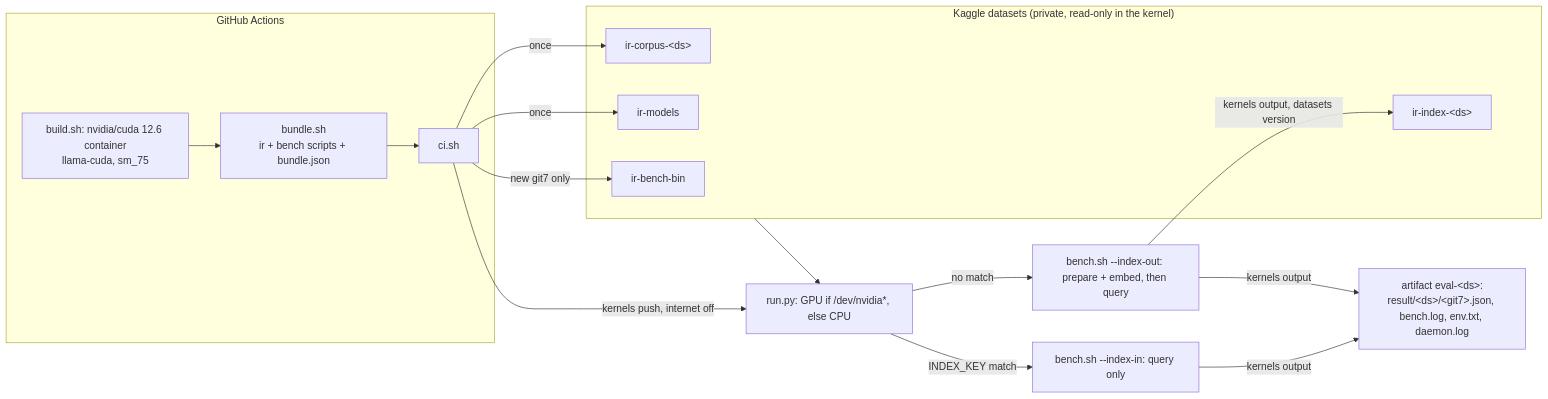
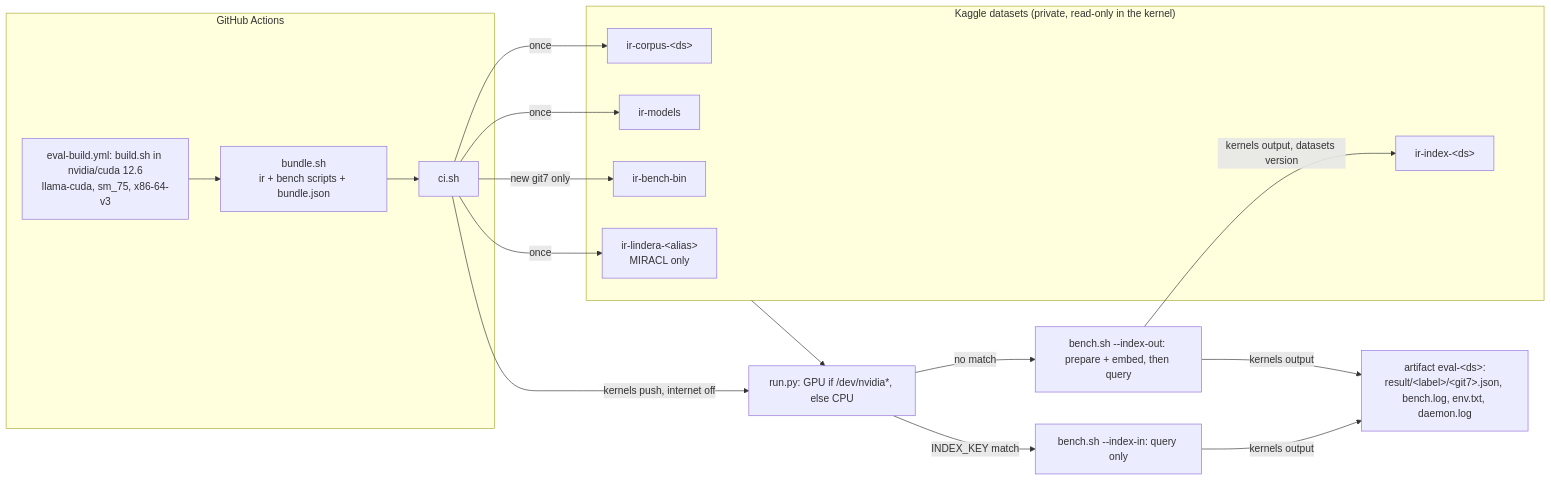
One commit to vlwkaos/ir changed the diagram in research/kaggle-eval.md. Above: the diagram before and after it, drawn with Mermaid. The commit also changed other lines of this file and 3 other files, not shown here.

````diff
--- a/research/kaggle-eval.md
+++ b/research/kaggle-eval.md
@@ -8,21 +8,22 @@
 ```mermaid
 flowchart LR
   subgraph GH["GitHub Actions"]
-    B["build.sh: nvidia/cuda 12.6 container<br/>llama-cuda, sm_75"] --> BU["bundle.sh<br/>ir + bench scripts + bundle.json"]
+    B["eval-build.yml: build.sh in nvidia/cuda 12.6<br/>llama-cuda, sm_75, x86-64-v3"] --> BU["bundle.sh<br/>ir + bench scripts + bundle.json"]
     BU --> CI["ci.sh"]
   end
   subgraph KD["Kaggle datasets (private, read-only in the kernel)"]
     C["ir-corpus-&lt;ds&gt;"]
     M["ir-models"]
     BIN["ir-bench-bin"]
+    L["ir-lindera-&lt;alias&gt;<br/>MIRACL only"]
     I["ir-index-&lt;ds&gt;"]
   end
-  CI -->|"once"| C & M
+  CI -->|"once"| C & M & L
   CI -->|"new git7 only"| BIN
   CI -->|"kernels push, internet off"| K["run.py: GPU if /dev/nvidia*, else CPU"]
   KD --> K
   K -->|"INDEX_KEY match"| Q["bench.sh --index-in: query only"]
   K -->|"no match"| P["bench.sh --index-out: prepare + embed, then query"]
   P -->|"kernels output, datasets version"| I
-  Q & P -->|"kernels output"| A["artifact eval-&lt;ds&gt;:<br/>result/&lt;ds&gt;/&lt;git7&gt;.json, bench.log, env.txt, daemon.log"]
+  Q & P -->|"kernels output"| A["artifact eval-&lt;ds&gt;:<br/>result/&lt;label&gt;/&lt;git7&gt;.json, bench.log, env.txt, daemon.log"]
 ```
````
